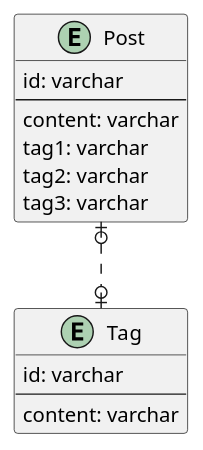
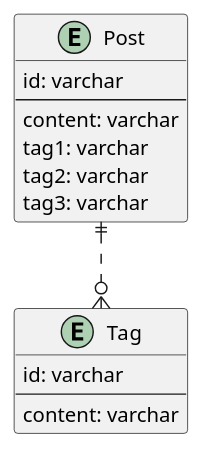
One commit to kamimi01/praha_challenge_tasks changed the diagram in database_basic/db_design_anti_pattern_2/task_1/before.pu. Above: the diagram before and after it, drawn with PlantUML. The commit also changed 4 other files, not shown here.

```diff
--- a/database_basic/db_design_anti_pattern_2/task_1/before.pu
+++ b/database_basic/db_design_anti_pattern_2/task_1/before.pu
@@ -1,20 +1,20 @@
 @startuml
 
 entity Post {
   id: varchar
   ---
   content: varchar
   tag1: varchar
   tag2: varchar
   tag3: varchar
 }
 
 entity Tag {
   id: varchar
   ---
   content: varchar
 }
 
-Post |o..o| Tag
+Post ||..o{ Tag
 
 @enduml
```
